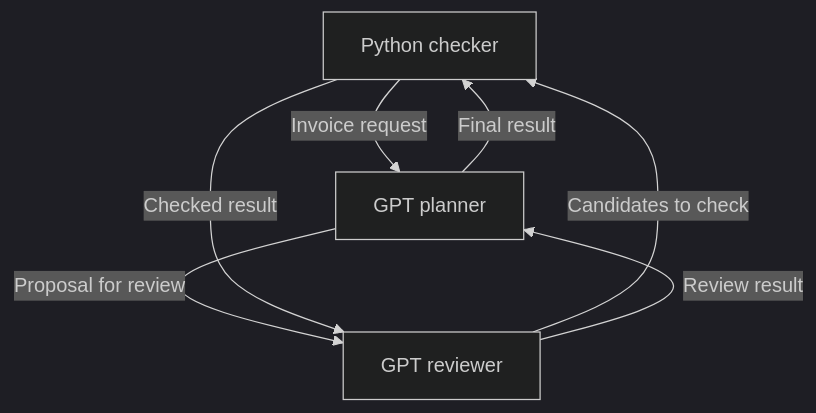
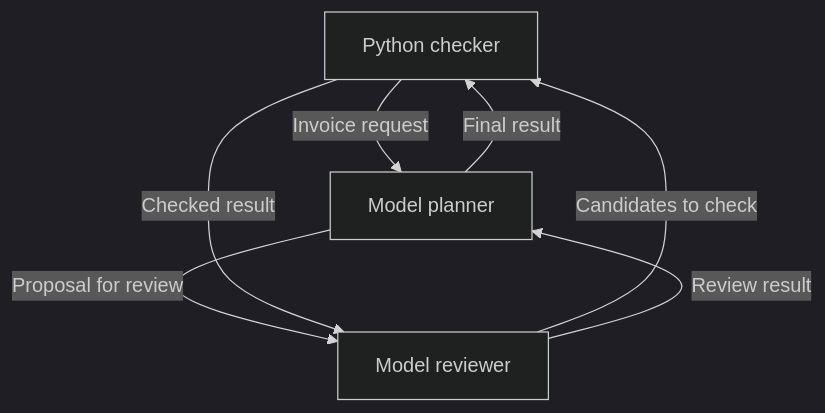
The diagram in docs/host-runner.md (emmett08/mas), drawn with Mermaid (dark theme) before and after one commit. The commit also changed other lines of this file and 53 other files, not shown here.

````diff
--- a/docs/host-runner.md
+++ b/docs/host-runner.md
@@ -66,9 +88,9 @@
 ```mermaid
 flowchart TD
-    C["Python checker"] -->|"Invoice request"| P["GPT planner"]
-    P -->|"Proposal for review"| R["GPT reviewer"]
+    C["Python checker"] -->|"Invoice request"| P["Model planner"]
+    P -->|"Proposal for review"| R["Model reviewer"]
     R -->|"Candidates to check"| C
     C -->|"Checked result"| R
     R -->|"Review result"| P
     P -->|"Final result"| C
 ```
````
